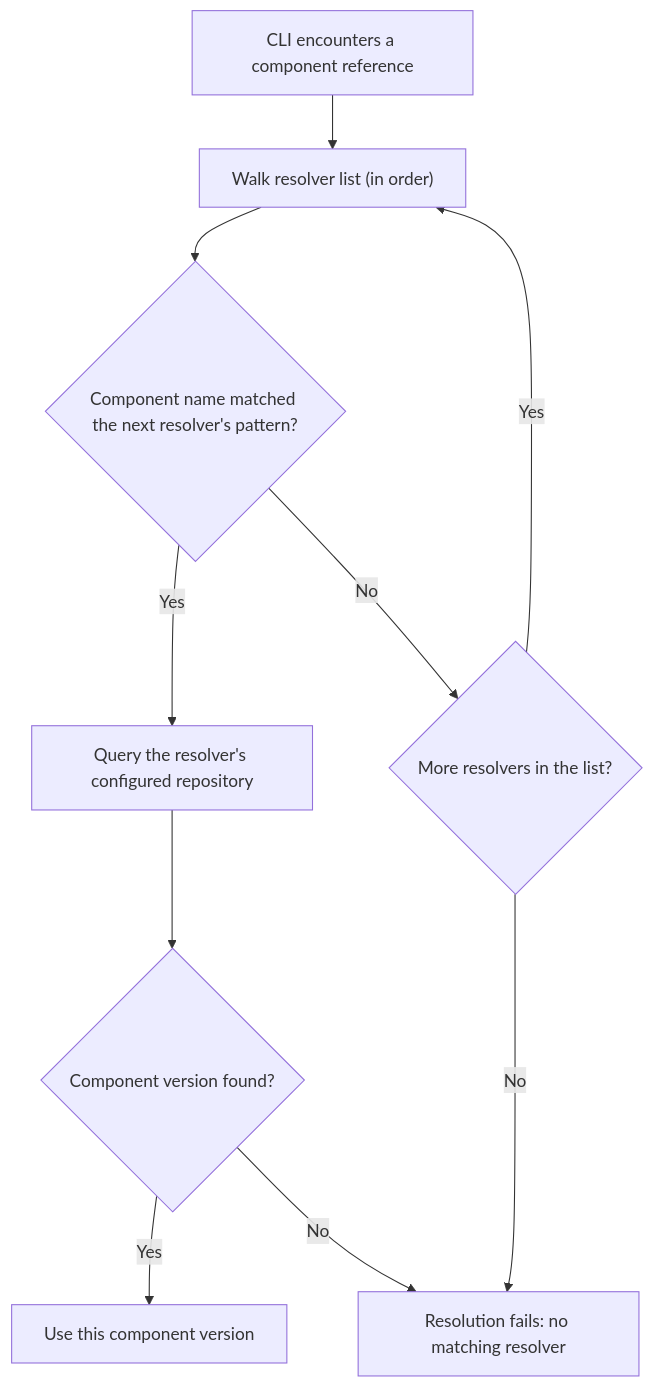
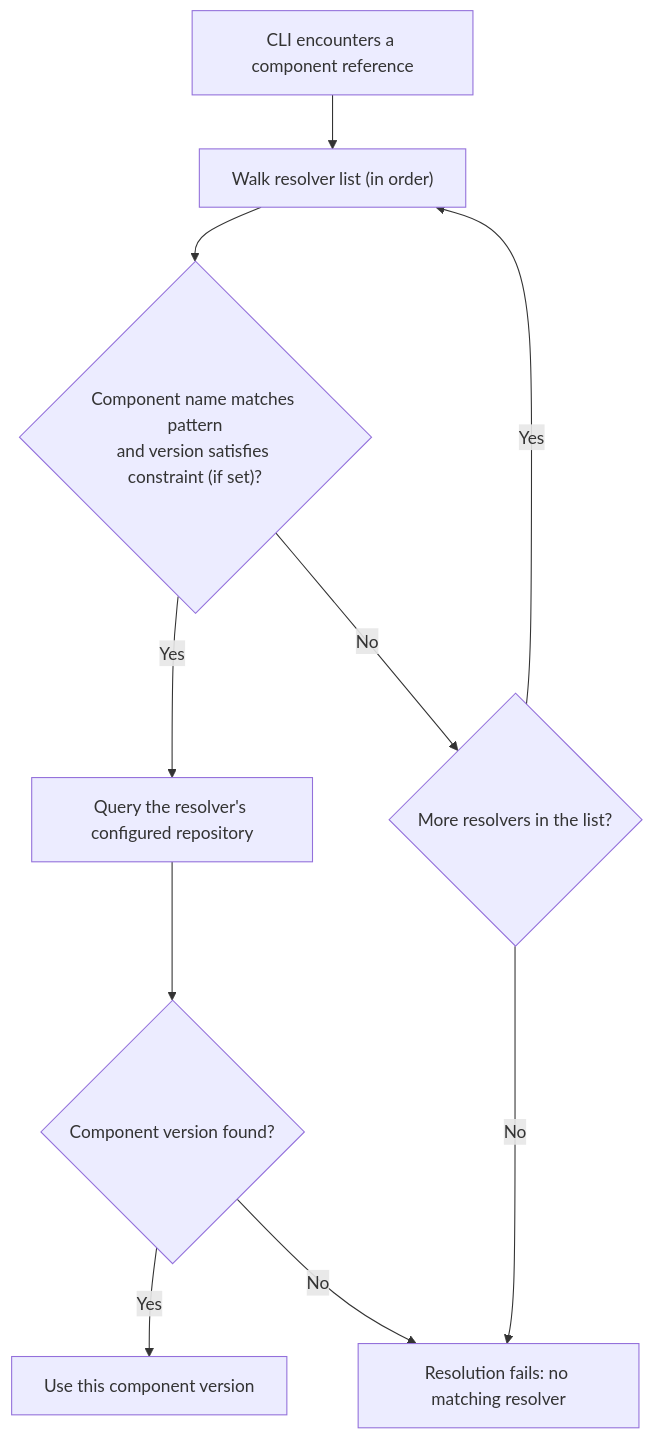
The diagram in website/content/docs/concepts/resolvers.md (fabianburth/open-component-model), drawn with Mermaid before and after one commit. The commit also changed other lines of this file and 434 other files, not shown here.

````diff
--- a/website/content/docs/concepts/resolvers.md
+++ b/website/content/docs/concepts/resolvers.md
@@ -28,12 +32,12 @@
 ```mermaid
 flowchart TD
     Start["CLI encounters a component reference"] --> Resolvers["Walk resolver list (in order)"]
-    Resolvers --> Match{"Component name matched the next resolver's pattern?"}
+    Resolvers --> Match{"Component name matches pattern\nand version satisfies constraint (if set)?"}
     Match -- Yes --> Query["Query the resolver's configured repository"]
     Match -- No --> More{"More resolvers in the list?"}
     More -- Yes --> Resolvers
     More -- No --> Fail["Resolution fails: no matching resolver"]
     Query --> Found{"Component version found?"}
     Found -- Yes --> Done["Use this component version"]
     Found -- No --> Fail
 ```
````
